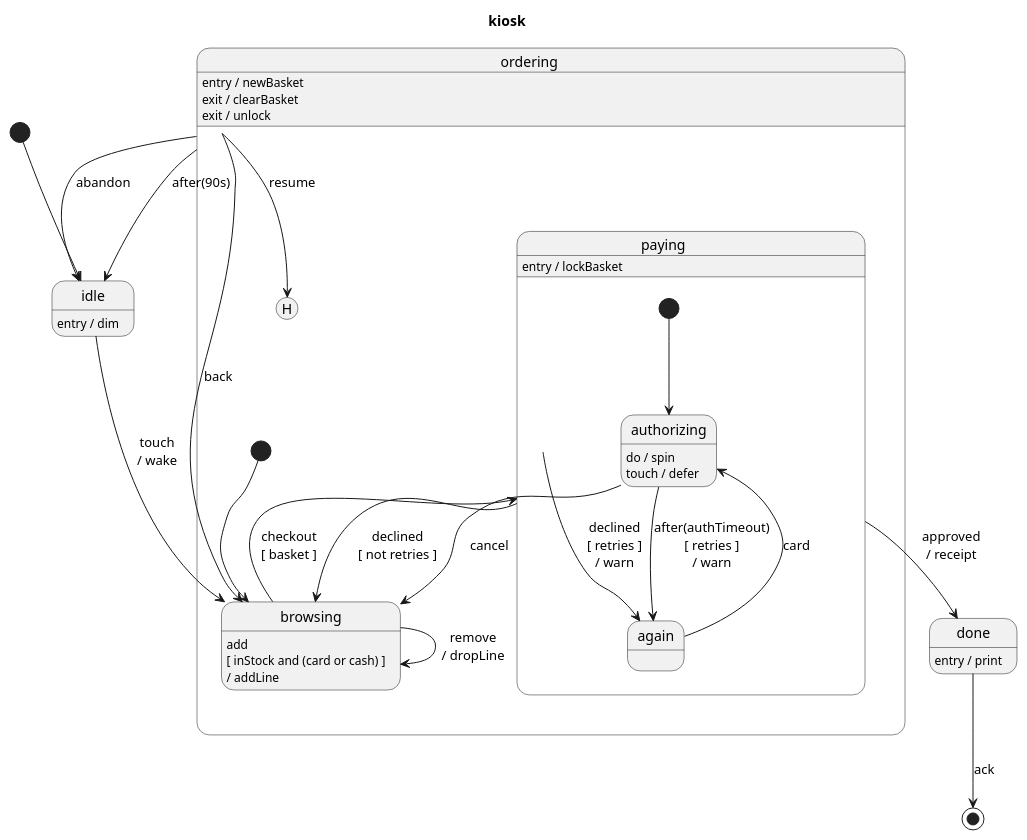
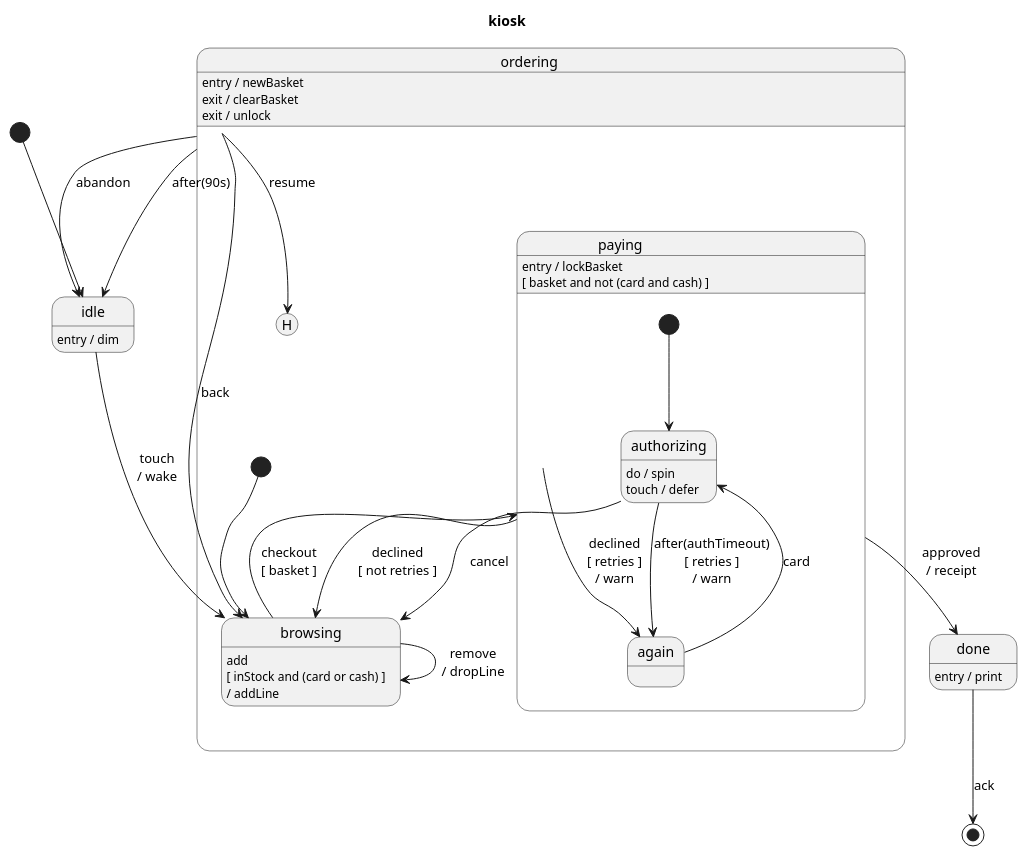
Before and after one commit to vincedupuis/transplantUML: the diagram in example/kiosk.puml, drawn with PlantUML. The commit also changed 9 other files, not shown here.

```diff
--- a/example/kiosk.puml
+++ b/example/kiosk.puml
@@ -1,40 +1,41 @@
 @startuml
 title kiosk
 [*] --> idle
 state idle
 idle : entry / dim
 state ordering {
     [*] --> browsing
     state browsing
     state paying {
         [*] --> authorizing
         state authorizing
         authorizing : do / spin
         authorizing : touch / defer
         state again
         authorizing --> again: after(authTimeout)\n[ retries ]\n/ warn
         again --> authorizing: card
     }
     paying : entry / lockBasket
+    paying : [ basket and not (card and cash) ]
     state "ordering.H" as ordering_H <<history>>
     browsing : add\n[ inStock and (card or cash) ]\n/ addLine
     browsing --> browsing: remove\n/ dropLine
     browsing --> paying: checkout\n[ basket ]
     paying --> again: declined\n[ retries ]\n/ warn
     paying --> browsing: declined\n[ not retries ]
     authorizing --> browsing: cancel
 }
 ordering : entry / newBasket
 ordering : exit / clearBasket
 ordering : exit / unlock
 state done
 done : entry / print
 state final <<end>>
 idle --> browsing: touch\n/ wake
 ordering --> idle: abandon
 ordering --> idle: after(90s)
 ordering --> ordering_H: resume
 ordering --> browsing: back
 paying --> done: approved\n/ receipt
 done --> final: ack
 @enduml
```
